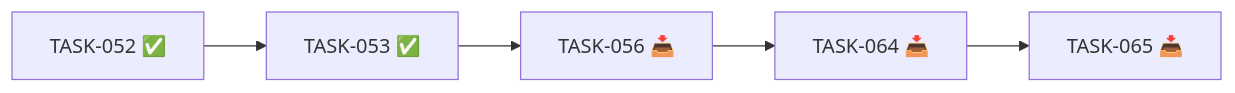
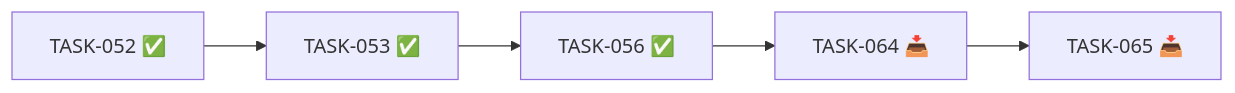
Before and after one commit to villarrealfx/fx_trad: the diagram in _docs/iterations/02-optimizacion-descarga/status.md, drawn with Mermaid. The commit also changed other lines of this file and 1 other file, not shown here.

Commit message:
docs: cierra TASK-056 en status y trazabilidad

````diff
--- a/_docs/iterations/02-optimizacion-descarga/status.md
+++ b/_docs/iterations/02-optimizacion-descarga/status.md
@@ -72,7 +72,7 @@
 ```mermaid
 graph LR
   T052[TASK-052 ✅] --> T053[TASK-053 ✅]
-  T053 --> T056[TASK-056 📥]
+  T053 --> T056[TASK-056 ✅]
   T056 --> T064[TASK-064 📥]
   T064 --> T065[TASK-065 📥]
 ```
````
